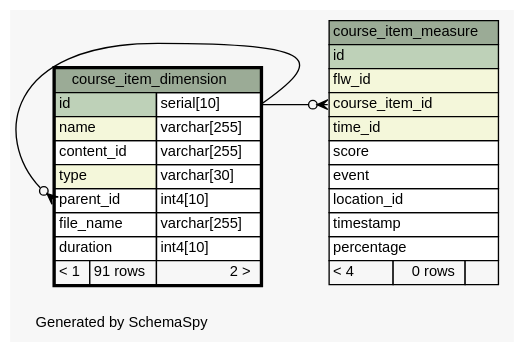
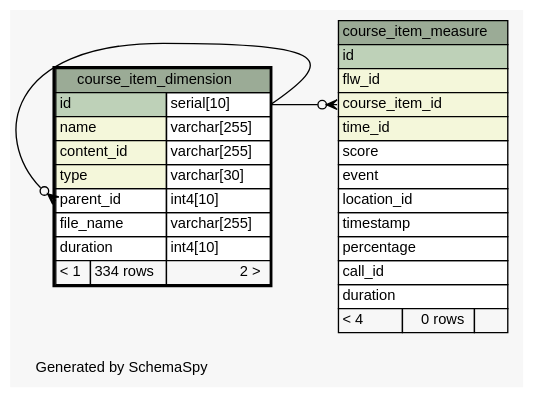
The diagram in ananya-report/build/schemaspy-output/diagrams/course_item_dimension.1degree.dot (motech/ananya), drawn with Graphviz before and after one commit. The commit also changed 73 other files, not shown here.

Commit message:
vijay|#00|updated schemaspy output

```diff
--- a/ananya-report/build/schemaspy-output/diagrams/course_item_dimension.1degree.dot
+++ b/ananya-report/build/schemaspy-output/diagrams/course_item_dimension.1degree.dot
@@ -1,58 +1,60 @@
-// dot 2.28.0 on Mac OS X 10.7.3
+// dot 2.26.3 on Linux 2.6.38-11-generic-pae
 // SchemaSpy rev 590
 digraph "oneDegreeRelationshipsDiagram" {
   graph [
     rankdir="RL"
     bgcolor="#f7f7f7"
     label="\nGenerated by SchemaSpy"
     labeljust="l"
     nodesep="0.18"
     ranksep="0.46"
     fontname="Helvetica"
     fontsize="11"
   ];
   node [
     fontname="Helvetica"
     fontsize="11"
     shape="plaintext"
   ];
   edge [
     arrowsize="0.8"
   ];
   "course_item_dimension":"parent_id":w -> "course_item_dimension":"id.type":e [arrowhead=none dir=back arrowtail=crowodot];
   "course_item_measure":"course_item_id":w -> "course_item_dimension":"id.type":e [arrowhead=none dir=back arrowtail=crowodot];
   "course_item_dimension" [
     label=<
     <TABLE BORDER="2" CELLBORDER="1" CELLSPACING="0" BGCOLOR="#ffffff">
       <TR><TD COLSPAN="3" BGCOLOR="#9bab96" ALIGN="CENTER">course_item_dimension</TD></TR>
       <TR><TD PORT="id" COLSPAN="2" BGCOLOR="#bed1b8" ALIGN="LEFT">id</TD><TD PORT="id.type" ALIGN="LEFT">serial[10]</TD></TR>
       <TR><TD PORT="name" COLSPAN="2" BGCOLOR="#f4f7da" ALIGN="LEFT">name</TD><TD PORT="name.type" ALIGN="LEFT">varchar[255]</TD></TR>
-      <TR><TD PORT="content_id" COLSPAN="2" ALIGN="LEFT">content_id</TD><TD PORT="content_id.type" ALIGN="LEFT">varchar[255]</TD></TR>
+      <TR><TD PORT="content_id" COLSPAN="2" BGCOLOR="#f4f7da" ALIGN="LEFT">content_id</TD><TD PORT="content_id.type" ALIGN="LEFT">varchar[255]</TD></TR>
       <TR><TD PORT="type" COLSPAN="2" BGCOLOR="#f4f7da" ALIGN="LEFT">type</TD><TD PORT="type.type" ALIGN="LEFT">varchar[30]</TD></TR>
       <TR><TD PORT="parent_id" COLSPAN="2" ALIGN="LEFT">parent_id</TD><TD PORT="parent_id.type" ALIGN="LEFT">int4[10]</TD></TR>
       <TR><TD PORT="file_name" COLSPAN="2" ALIGN="LEFT">file_name</TD><TD PORT="file_name.type" ALIGN="LEFT">varchar[255]</TD></TR>
       <TR><TD PORT="duration" COLSPAN="2" ALIGN="LEFT">duration</TD><TD PORT="duration.type" ALIGN="LEFT">int4[10]</TD></TR>
-      <TR><TD ALIGN="LEFT" BGCOLOR="#f7f7f7">&lt; 1</TD><TD ALIGN="RIGHT" BGCOLOR="#f7f7f7">91 rows</TD><TD ALIGN="RIGHT" BGCOLOR="#f7f7f7">2 &gt;</TD></TR>
+      <TR><TD ALIGN="LEFT" BGCOLOR="#f7f7f7">&lt; 1</TD><TD ALIGN="RIGHT" BGCOLOR="#f7f7f7">334 rows</TD><TD ALIGN="RIGHT" BGCOLOR="#f7f7f7">2 &gt;</TD></TR>
     </TABLE>>
     URL="course_item_dimension.html"
     tooltip="course_item_dimension"
   ];
   "course_item_measure" [
     label=<
     <TABLE BORDER="0" CELLBORDER="1" CELLSPACING="0" BGCOLOR="#ffffff">
       <TR><TD COLSPAN="3" BGCOLOR="#9bab96" ALIGN="CENTER">course_item_measure</TD></TR>
       <TR><TD PORT="id" COLSPAN="3" BGCOLOR="#bed1b8" ALIGN="LEFT">id</TD></TR>
       <TR><TD PORT="flw_id" COLSPAN="3" BGCOLOR="#f4f7da" ALIGN="LEFT">flw_id</TD></TR>
       <TR><TD PORT="course_item_id" COLSPAN="3" BGCOLOR="#f4f7da" ALIGN="LEFT">course_item_id</TD></TR>
       <TR><TD PORT="time_id" COLSPAN="3" BGCOLOR="#f4f7da" ALIGN="LEFT">time_id</TD></TR>
       <TR><TD PORT="score" COLSPAN="3" ALIGN="LEFT">score</TD></TR>
       <TR><TD PORT="event" COLSPAN="3" ALIGN="LEFT">event</TD></TR>
       <TR><TD PORT="location_id" COLSPAN="3" ALIGN="LEFT">location_id</TD></TR>
       <TR><TD PORT="timestamp" COLSPAN="3" ALIGN="LEFT">timestamp</TD></TR>
       <TR><TD PORT="percentage" COLSPAN="3" ALIGN="LEFT">percentage</TD></TR>
+      <TR><TD PORT="call_id" COLSPAN="3" ALIGN="LEFT">call_id</TD></TR>
+      <TR><TD PORT="duration" COLSPAN="3" ALIGN="LEFT">duration</TD></TR>
       <TR><TD ALIGN="LEFT" BGCOLOR="#f7f7f7">&lt; 4</TD><TD ALIGN="RIGHT" BGCOLOR="#f7f7f7">0 rows</TD><TD ALIGN="RIGHT" BGCOLOR="#f7f7f7">  </TD></TR>
     </TABLE>>
     URL="course_item_measure.html"
     tooltip="course_item_measure"
   ];
 }
```
